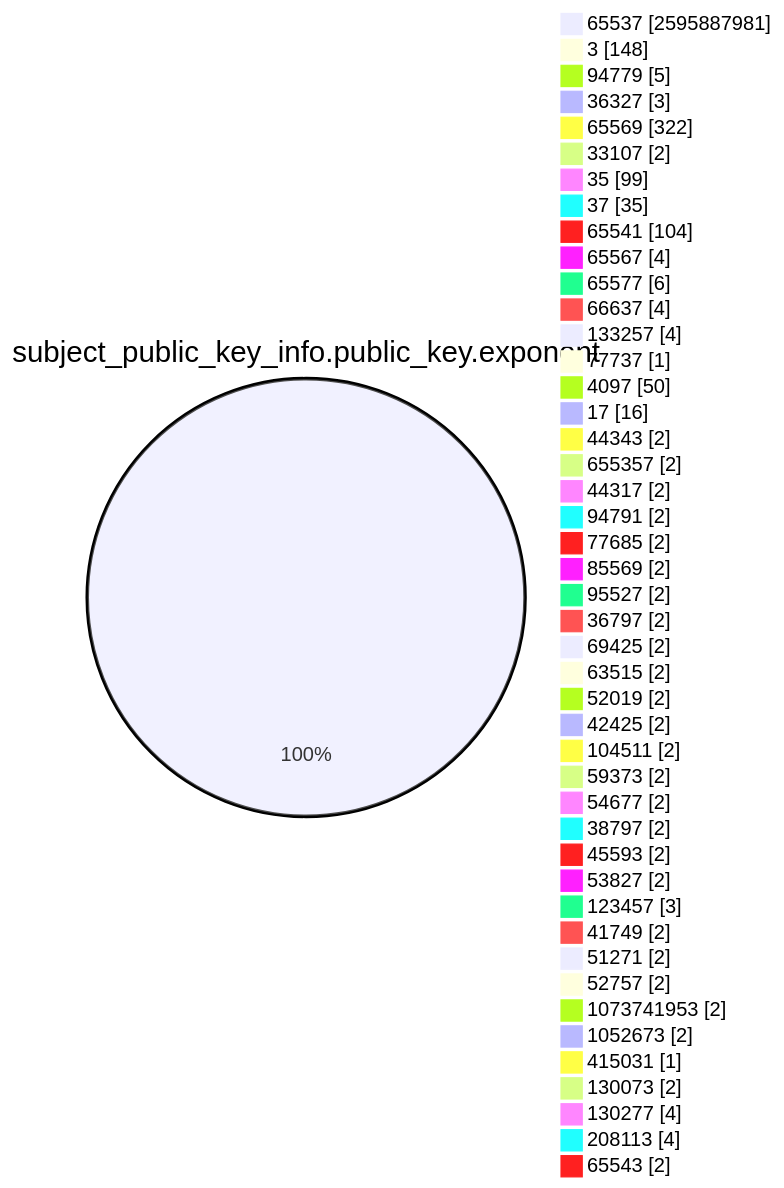
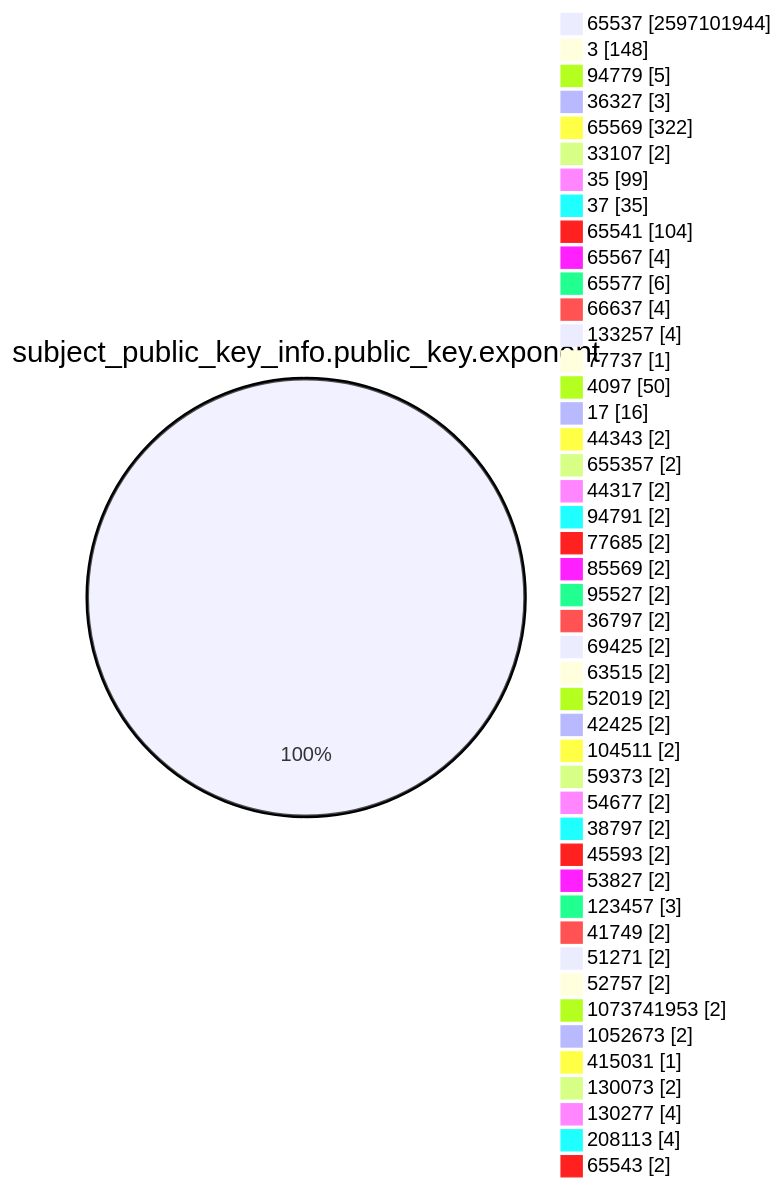
Before and after one commit to christiankrug/ctmonitor_visualization: the fourth of 15 diagrams in TOTAL/README.md, drawn with Mermaid. The commit also changed other lines of this file, not shown here.

````diff
--- a/TOTAL/README.md
+++ b/TOTAL/README.md
@@ -1465,49 +1465,49 @@
 ```mermaid
 pie showData
 title subject_public_key_info.public_key.exponent
-"65537" :2595887981
+"65537" :2597101944
 "3" :148
 "94779" :5
 "36327" :3
 "65569" :322
 "33107" :2
 "35" :99
 "37" :35
 "65541" :104
 "65567" :4
 "65577" :6
 "66637" :4
 "133257" :4
 "77737" :1
 "4097" :50
 "17" :16
 "44343" :2
 "655357" :2
 "44317" :2
 "94791" :2
 "77685" :2
 "85569" :2
 "95527" :2
 "36797" :2
 "69425" :2
 "63515" :2
 "52019" :2
 "42425" :2
 "104511" :2
 "59373" :2
 "54677" :2
 "38797" :2
 "45593" :2
 "53827" :2
 "123457" :3
 "41749" :2
 "51271" :2
 "52757" :2
 "1073741953" :2
 "1052673" :2
 "415031" :1
 "130073" :2
 "130277" :4
 "208113" :4
 "65543" :2
 ```
````
